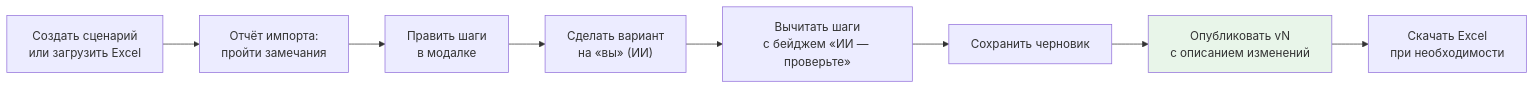
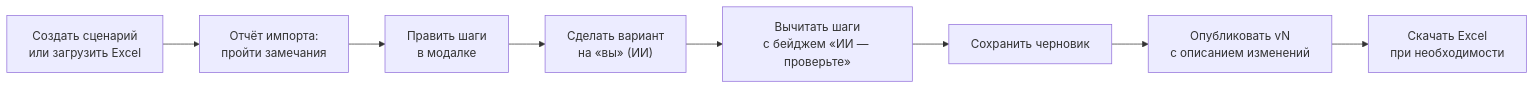
One commit to kunak-agency/polyplastic-bot changed the diagram in agency/system/Human/03-scenario-editor-guide.md. Above: the diagram before and after it, drawn with Mermaid. The commit also changed 6 other files, not shown here.

Commit message:
Документы для человека: схема «Из чего состоит система» без двусторонних стрелок и раскраски — рендерится в старых просмотрщиках Mermaid

````diff
--- a/agency/system/Human/03-scenario-editor-guide.md
+++ b/agency/system/Human/03-scenario-editor-guide.md
@@ -31,11 +31,10 @@
 ```mermaid
 flowchart LR
     A["Создать сценарий<br/>или загрузить Excel"] --> B["Отчёт импорта:<br/>пройти замечания"]
     B --> C["Править шаги<br/>в модалке"]
     C --> D["Сделать вариант<br/>на «вы» (ИИ)"]
     D --> E["Вычитать шаги<br/>с бейджем «ИИ — проверьте»"]
     E --> F["Сохранить черновик"]
     F --> G["Опубликовать vN<br/>с описанием изменений"]
     G --> H["Скачать Excel<br/>при необходимости"]
-    style G fill:#e8f5e9
 ```
````
